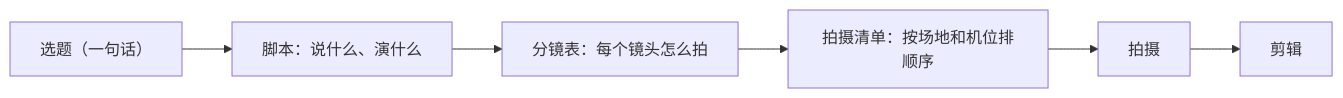
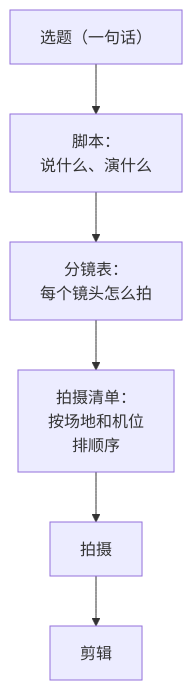
One commit to jarvis-pro/hatch-shelf changed the first of 2 diagrams in books/video-script-storyboard/01-why-script.md. Above: the diagram before and after it, drawn with Mermaid. The commit also changed other lines of this file and 432 other files, not shown here.

````diff
--- a/books/video-script-storyboard/01-why-script.md
+++ b/books/video-script-storyboard/01-why-script.md
@@ -11,8 +11,8 @@
 ```mermaid
-flowchart LR
-  A["选题（一句话）"] --> B["脚本：说什么、演什么"]
-  B --> C["分镜表：每个镜头怎么拍"]
-  C --> D["拍摄清单：按场地和机位排顺序"]
+flowchart TD
+  A["选题（一句话）"] --> B["脚本：<br/>说什么、演什么"]
+  B --> C["分镜表：<br/>每个镜头怎么拍"]
+  C --> D["拍摄清单：<br/>按场地和机位<br/>排顺序"]
   D --> E["拍摄"]
   E --> F["剪辑"]
 ```
````
